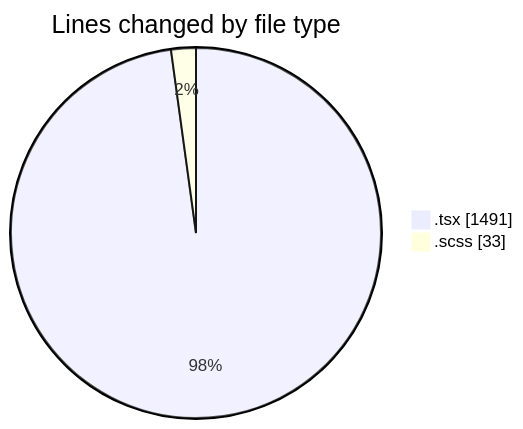
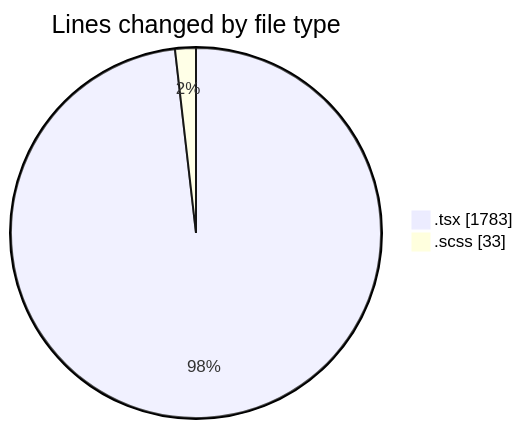
Before and after one commit to momahboobian/code-tracking: the first of 2 diagrams in 2026-10-20/cda/README.md, drawn with Mermaid. The commit also changed other lines of this file and 1 other file, not shown here.

````diff
--- a/2026-10-20/cda/README.md
+++ b/2026-10-20/cda/README.md
@@ -24,6 +25,6 @@
 ```mermaid
 pie showData
 title Lines changed by file type
-".tsx" : 1491
+".tsx" : 1783
 ".scss" : 33
 ```
````
